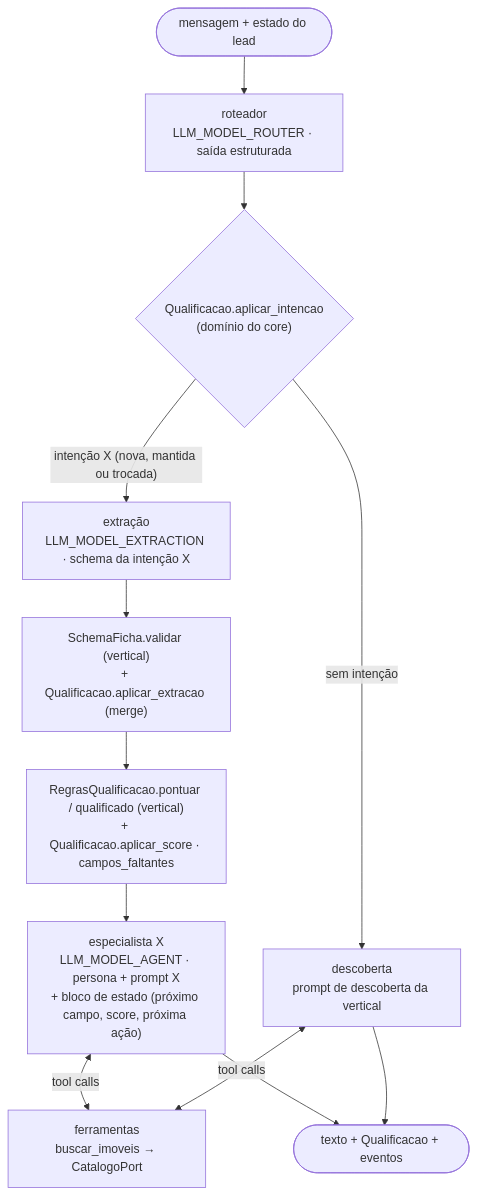
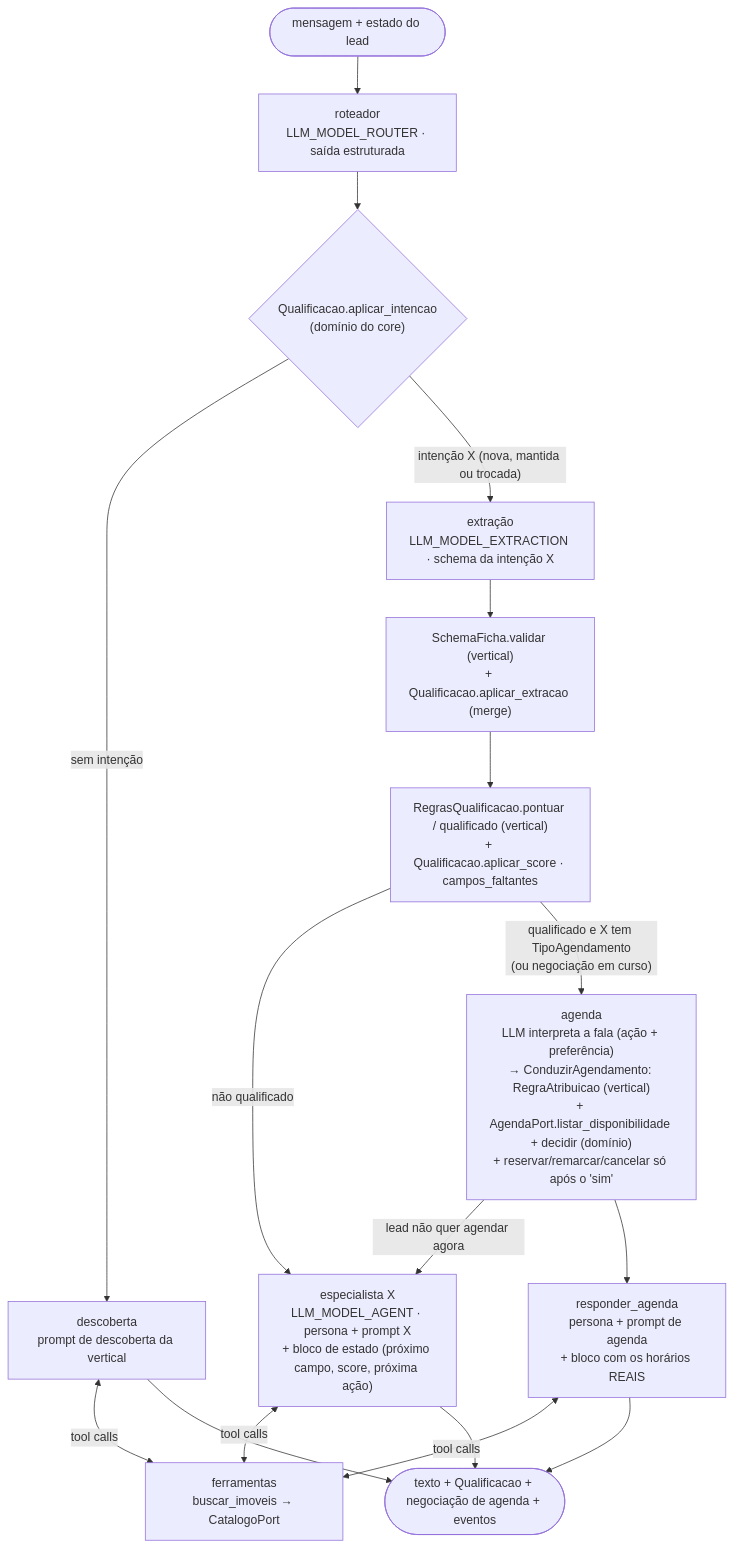
Before and after one commit to amaranini/tech-challenge-fase-5: the seventh of 12 diagrams in docs/arquitetura.md, drawn with Mermaid. The commit also changed other lines of this file and 50 other files, not shown here.

First line of the commit message:
Dia 3 Etapa A: agendamento (AgendaPort mock, nó de agenda no grafo, eventos)

````diff
--- a/docs/arquitetura.md
+++ b/docs/arquitetura.md
@@ -232,14 +234,19 @@
 ```mermaid
 flowchart TD
     START([mensagem + estado do lead]) --> R["roteador<br/>LLM_MODEL_ROUTER · saída estruturada"]
     R --> D{"Qualificacao.aplicar_intencao<br/>(domínio do core)"}
     D -- "sem intenção" --> DESC["descoberta<br/>prompt de descoberta da vertical"]
     D -- "intenção X (nova, mantida ou trocada)" --> EX["extração<br/>LLM_MODEL_EXTRACTION · schema da intenção X"]
     EX --> M["SchemaFicha.validar (vertical)<br/>+ Qualificacao.aplicar_extracao (merge)"]
     M --> SC["RegrasQualificacao.pontuar / qualificado (vertical)<br/>+ Qualificacao.aplicar_score · campos_faltantes"]
-    SC --> ESP["especialista X<br/>LLM_MODEL_AGENT · persona + prompt X<br/>+ bloco de estado (próximo campo, score, próxima ação)"]
+    SC -- "não qualificado" --> ESP["especialista X<br/>LLM_MODEL_AGENT · persona + prompt X<br/>+ bloco de estado (próximo campo, score, próxima ação)"]
+    SC -- "qualificado e X tem TipoAgendamento<br/>(ou negociação em curso)" --> AG["agenda<br/>LLM interpreta a fala (ação + preferência)<br/>→ ConduzirAgendamento: RegraAtribuicao (vertical)<br/>+ AgendaPort.listar_disponibilidade + decidir (domínio)<br/>+ reservar/remarcar/cancelar só após o 'sim'"]
+    AG -- "lead não quer agendar agora" --> ESP
+    AG --> RA["responder_agenda<br/>persona + prompt de agenda<br/>+ bloco com os horários REAIS"]
     ESP <-- "tool calls" --> T["ferramentas<br/>buscar_imoveis → CatalogoPort"]
     DESC <-- "tool calls" --> T
-    ESP --> FIM([texto + Qualificacao + eventos])
+    RA <-- "tool calls" --> T
+    ESP --> FIM([texto + Qualificacao + negociação de agenda + eventos])
     DESC --> FIM
+    RA --> FIM
 ```
````
